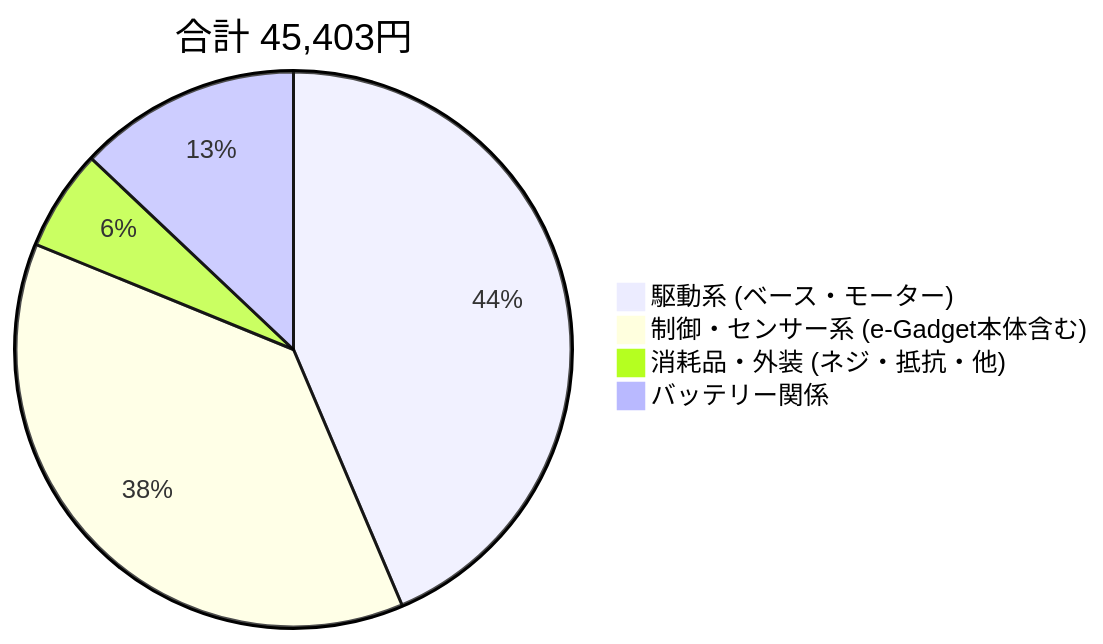
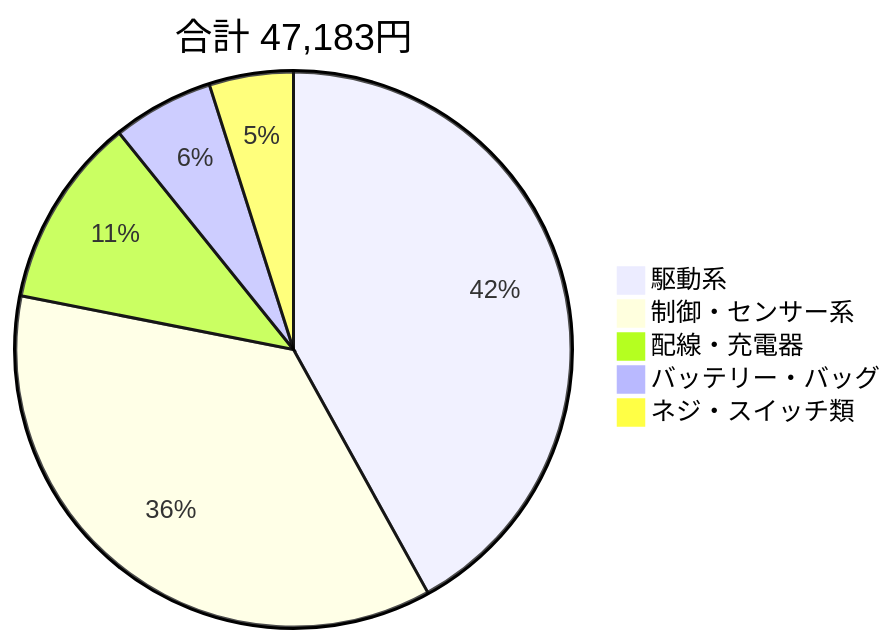
Before and after one commit to paruru-05/SC-26: the diagram in README.md, drawn with Mermaid. The commit also changed other lines of this file, not shown here.

````diff
--- a/README.md
+++ b/README.md
@@ -233,7 +237,8 @@
 ```mermaid
-pie title 合計 45,403円
-    "駆動系 (ベース・モーター)" : 19800
-    "制御・センサー系 (e-Gadget本体含む)" : 17050
-    "消耗品・外装 (ネジ・抵抗・他)" : 2675
-    "バッテリー関係" : 5878
+pie title 合計 47,183円
+    "駆動系" : 19800
+    "制御・センサー系" : 17050
+    "配線・充電器" : 5243
+    "バッテリー・バッグ" : 2780
+    "ネジ・スイッチ類" : 2310
 ```
````
